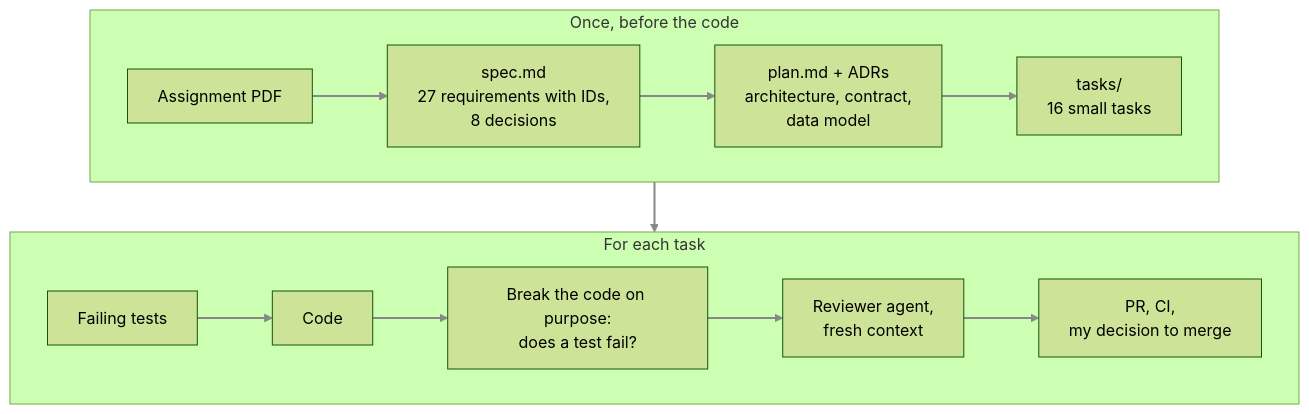
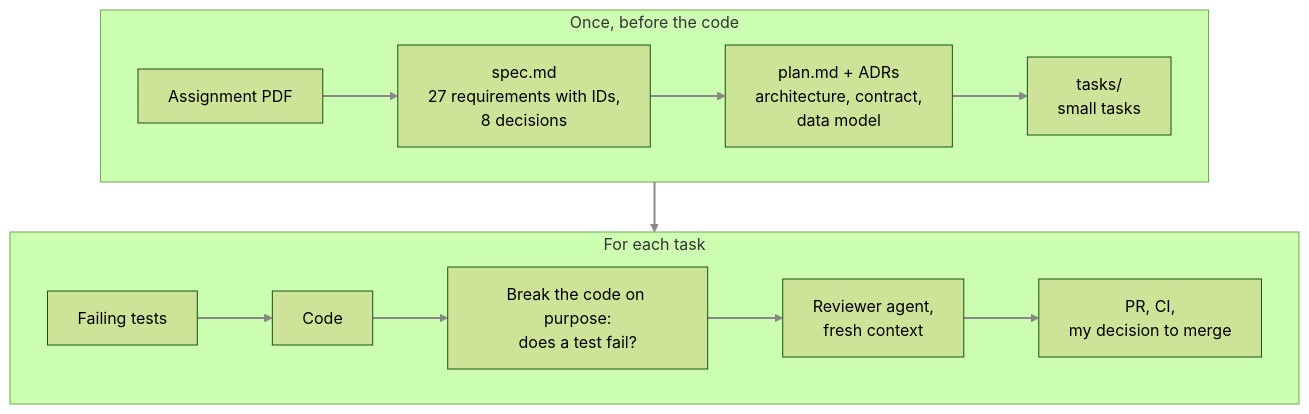
Before and after one commit to l-Vladislav/pricehunt: the first of 2 diagrams in README.md, drawn with Mermaid (forest theme). The commit also changed other lines of this file and 9 other files, not shown here.

````diff
--- a/README.md
+++ b/README.md
@@ -37,18 +37,18 @@
 ```mermaid
 flowchart TB
     subgraph ONCE["Once, before the code"]
         direction LR
         PDF[Assignment PDF] --> SPEC["spec.md<br/>27 requirements with IDs,<br/>8 decisions"]
         SPEC --> PLAN["plan.md + ADRs<br/>architecture, contract,<br/>data model"]
-        PLAN --> TASKS["tasks/<br/>16 small tasks"]
+        PLAN --> TASKS["tasks/<br/>small tasks"]
     end
     subgraph EACH["For each task"]
         direction LR
         RED[Failing tests] --> CODE[Code]
         CODE --> BREAK["Break the code on purpose:<br/>does a test fail?"]
         BREAK --> REVIEW["Reviewer agent,<br/>fresh context"]
         REVIEW --> PR["PR, CI,<br/>my decision to merge"]
     end
     ONCE --> EACH
     linkStyle default stroke:#888888,stroke-width:2px
 ```
````
